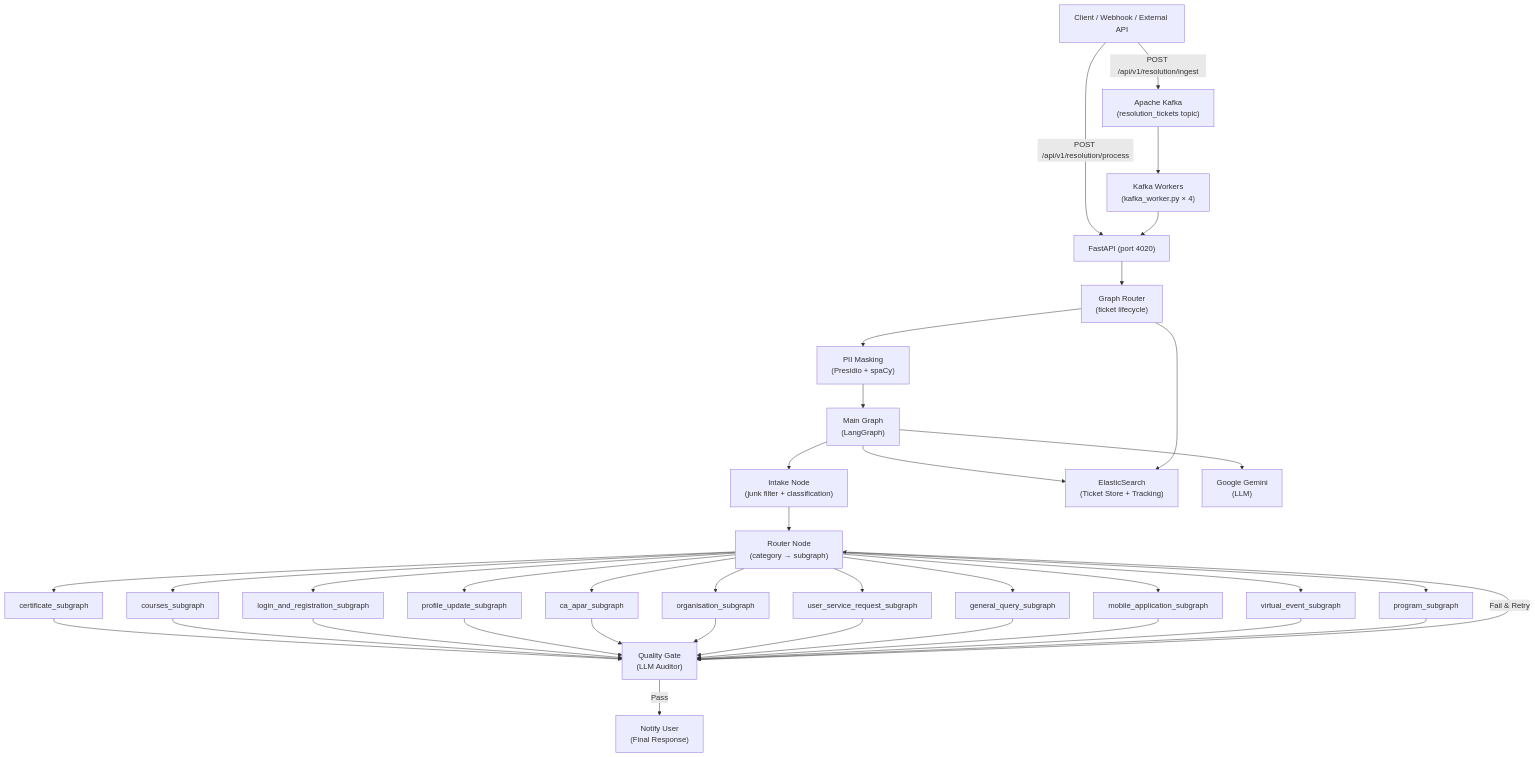
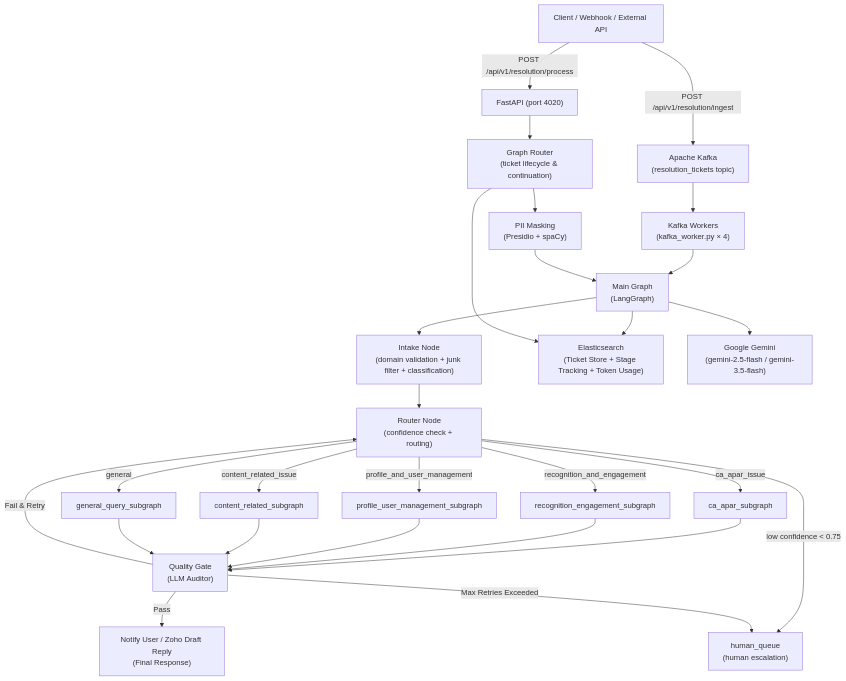
The diagram in README.md (KB-iGOT/aurora-igot-ticketing-service), drawn with Mermaid before and after one commit. The commit also changed other lines of this file and 3 other files, not shown here.

````diff
--- a/README.md
+++ b/README.md
@@ -49,35 +50,30 @@
 ```mermaid
 graph TD
     Client["Client / Webhook / External API"] -->|POST /api/v1/resolution/process| API["FastAPI (port 4020)"]
     Client -->|POST /api/v1/resolution/ingest| Kafka["Apache Kafka\n(resolution_tickets topic)"]
     Kafka --> KW["Kafka Workers\n(kafka_worker.py × 4)"]
-    KW --> API
+    KW --> MG
 
-    API --> GR["Graph Router\n(ticket lifecycle)"]
+    API --> GR["Graph Router\n(ticket lifecycle & continuation)"]
     GR --> PII["PII Masking\n(Presidio + spaCy)"]
     PII --> MG["Main Graph\n(LangGraph)"]
 
-    MG --> IN["Intake Node\n(junk filter + classification)"]
-    IN --> RN["Router Node\n(category → subgraph)"]
+    MG --> IN["Intake Node\n(domain validation + junk filter + classification)"]
+    IN --> RN["Router Node\n(confidence check + routing)"]
 
-    RN --> SG1["certificate_subgraph"]
-    RN --> SG2["courses_subgraph"]
-    RN --> SG3["login_and_registration_subgraph"]
-    RN --> SG4["profile_update_subgraph"]
-    RN --> SG5["ca_apar_subgraph"]
-    RN --> SG6["organisation_subgraph"]
-    RN --> SG7["user_service_request_subgraph"]
-    RN --> SG8["general_query_subgraph"]
-    RN --> SG9["mobile_application_subgraph"]
-    RN --> SG10["virtual_event_subgraph"]
-    RN --> SG11["program_subgraph"]
+    RN -->|ca_apar_issue| SG1["ca_apar_subgraph"]
+    RN -->|recognition_and_engagement| SG2["recognition_engagement_subgraph"]
+    RN -->|profile_and_user_management| SG3["profile_user_management_subgraph"]
+    RN -->|content_related_issue| SG4["content_related_subgraph"]
+    RN -->|general| SG5["general_query_subgraph"]
+    RN -->|low confidence < 0.75| HQ["human_queue\n(human escalation)"]
 
-    SG1 & SG2 & SG3 & SG4 & SG5 & SG6 & SG7 & SG8 & SG9 & SG10 & SG11 --> QG["Quality Gate\n(LLM Auditor)"]
-    QG -->|Pass| NU["Notify User\n(Final Response)"]
+    SG1 & SG2 & SG3 & SG4 & SG5 --> QG["Quality Gate\n(LLM Auditor)"]
+    QG -->|Pass| NU["Notify User / Zoho Draft Reply\n(Final Response)"]
     QG -->|Fail & Retry| RN
+    QG -->|Max Retries Exceeded| HQ
 
-    MG --> ES["ElasticSearch\n(Ticket Store + Tracking)"]
-    MG --> Gemini["Google Gemini\n(LLM)"]
+    MG --> ES["Elasticsearch\n(Ticket Store + Stage Tracking + Token Usage)"]
+    MG --> Gemini["Google Gemini\n(gemini-2.5-flash / gemini-3.5-flash)"]
     GR --> ES
-    
 ```
````
